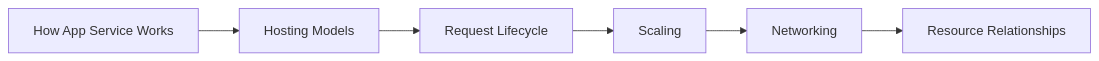
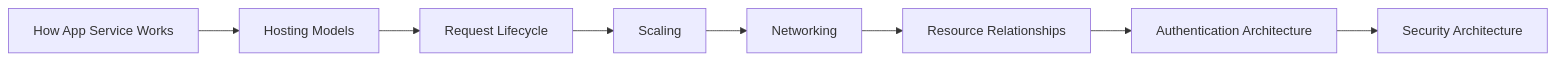
The diagram in docs/platform/index.md (yeongseon/azure-app-service-practical-guide), drawn with Mermaid before and after one commit. The commit also changed other lines of this file and 10 other files, not shown here.

````diff
--- a/docs/platform/index.md
+++ b/docs/platform/index.md
@@ -18,8 +20,10 @@
 ```mermaid
 graph LR
     A[How App Service Works] --> B[Hosting Models]
     B --> C[Request Lifecycle]
     C --> D[Scaling]
     D --> E[Networking]
     E --> F[Resource Relationships]
+    F --> G[Authentication Architecture]
+    G --> H[Security Architecture]
 ```
````
